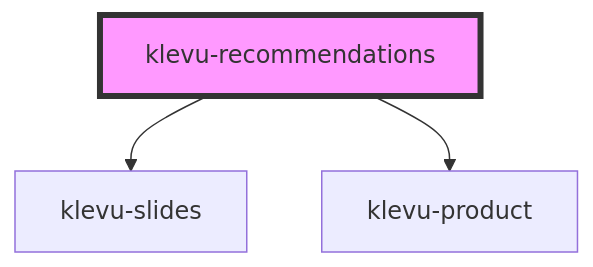
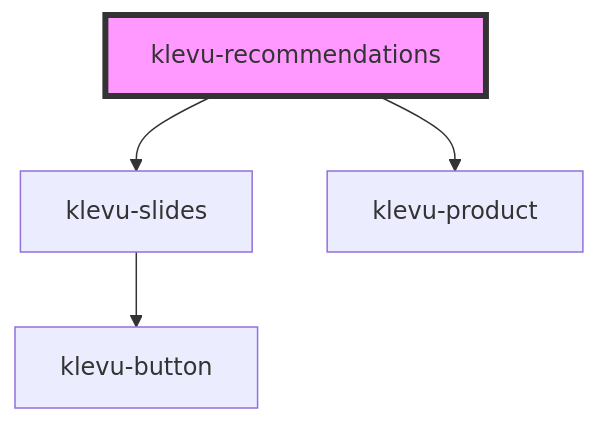
Before and after one commit to klevultd/frontend-sdk: the diagram in packages/klevu-ui/src/components/klevu-recommendations/readme.md, drawn with Mermaid. The commit also changed 8 other files, not shown here.

````diff
--- a/packages/klevu-ui/src/components/klevu-recommendations/readme.md
+++ b/packages/klevu-ui/src/components/klevu-recommendations/readme.md
@@ -27,6 +27,7 @@
 ```mermaid
 graph TD;
   klevu-recommendations --> klevu-slides
   klevu-recommendations --> klevu-product
+  klevu-slides --> klevu-button
   style klevu-recommendations fill:#f9f,stroke:#333,stroke-width:4px
 ```
````
